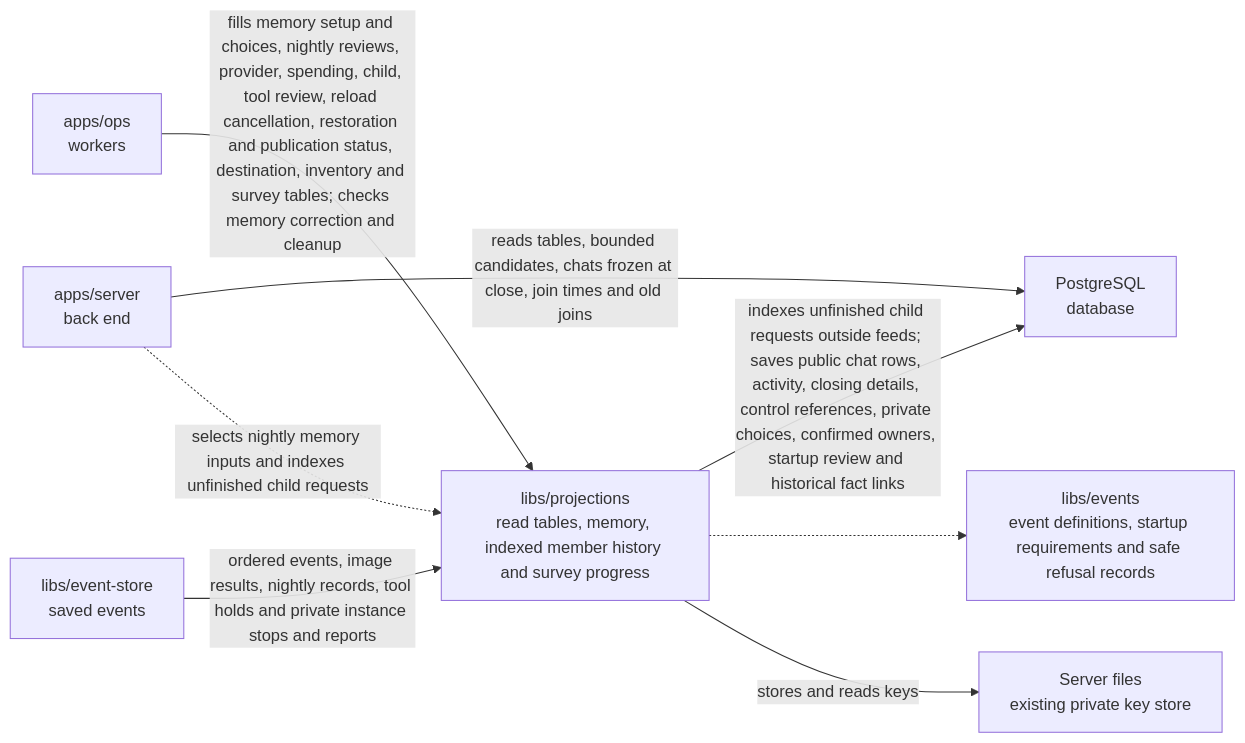
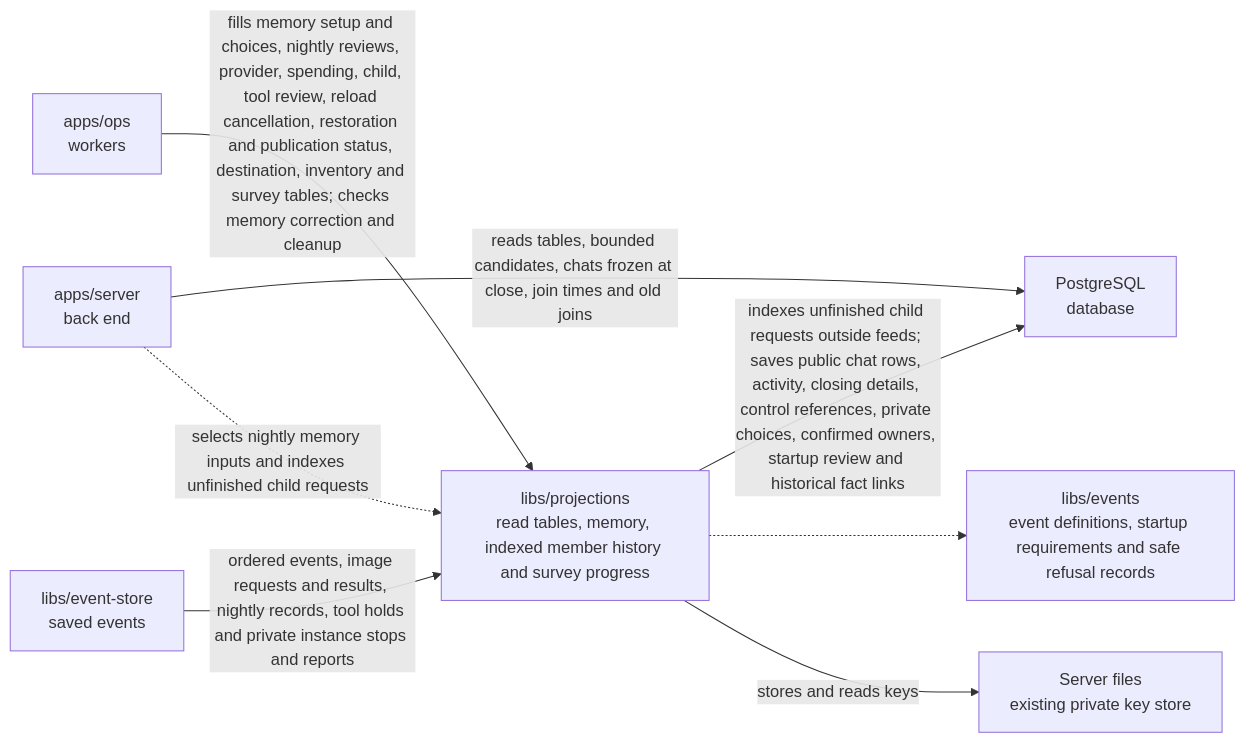
The diagram in libs/projections/README.md (elewa-git/opencrane-new), drawn with Mermaid before and after one commit. The commit also changed 22 other files, not shown here.

Commit message:
🔎 Record hosted image check requests and recover lost replies

````diff
--- a/libs/projections/README.md
+++ b/libs/projections/README.md
@@ -23,10 +23,10 @@
 ```mermaid
 flowchart LR
   ops["apps/ops<br/>workers"] -->|fills memory setup and choices, nightly reviews, provider, spending, child, tool review, reload cancellation, restoration and publication status, destination, inventory and survey tables; checks memory correction and cleanup| projections["libs/projections<br/>read tables, memory, indexed member history and survey progress"]
   server["apps/server<br/>back end"] -->|reads tables, bounded candidates, chats frozen at close, join times and old joins| pg["PostgreSQL<br/>database"]
   projections -->|indexes unfinished child requests outside feeds; saves public chat rows, activity, closing details, control references, private choices, confirmed owners, startup review and historical fact links| pg
-  store["libs/event-store<br/>saved events"] -->|ordered events, image results, nightly records, tool holds and private instance stops and reports| projections
+  store["libs/event-store<br/>saved events"] -->|ordered events, image requests and results, nightly records, tool holds and private instance stops and reports| projections
   server -.->|selects nightly memory inputs and indexes unfinished child requests| projections
   projections -.-> events["libs/events<br/>event definitions, startup requirements and safe refusal records"]
   projections -->|stores and reads keys| keys["Server files<br/>existing private key store"]
 ```
````
